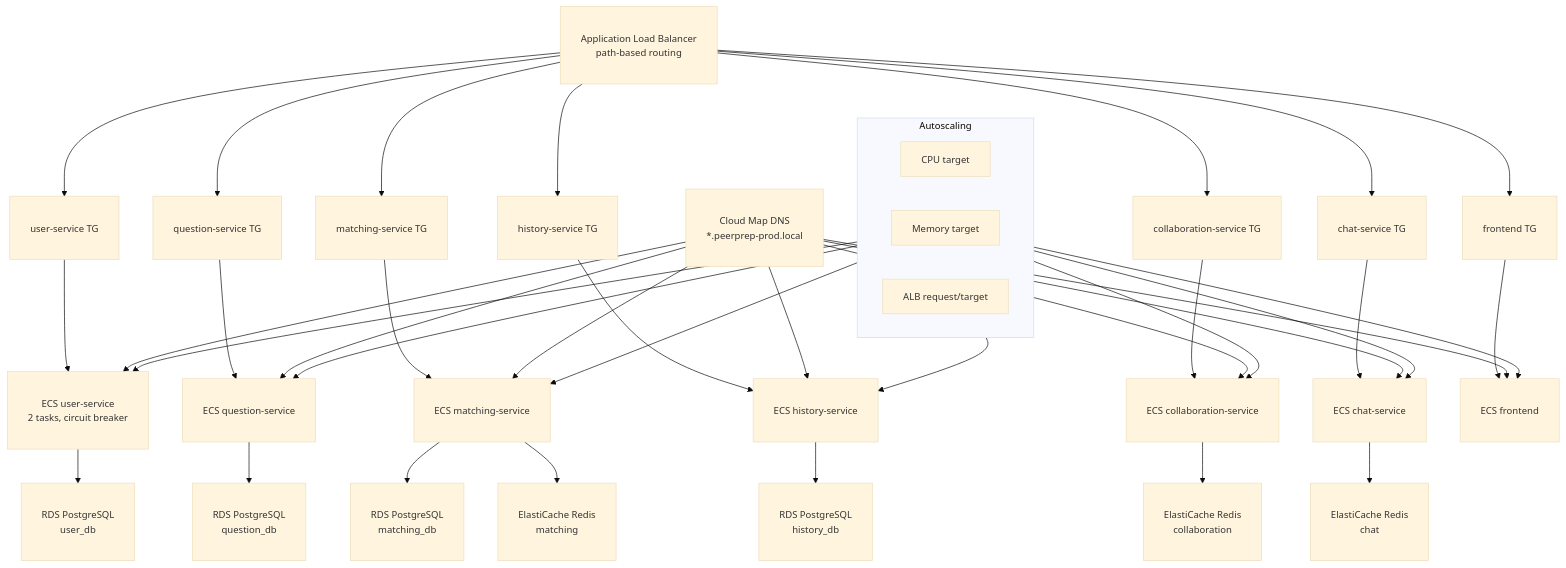
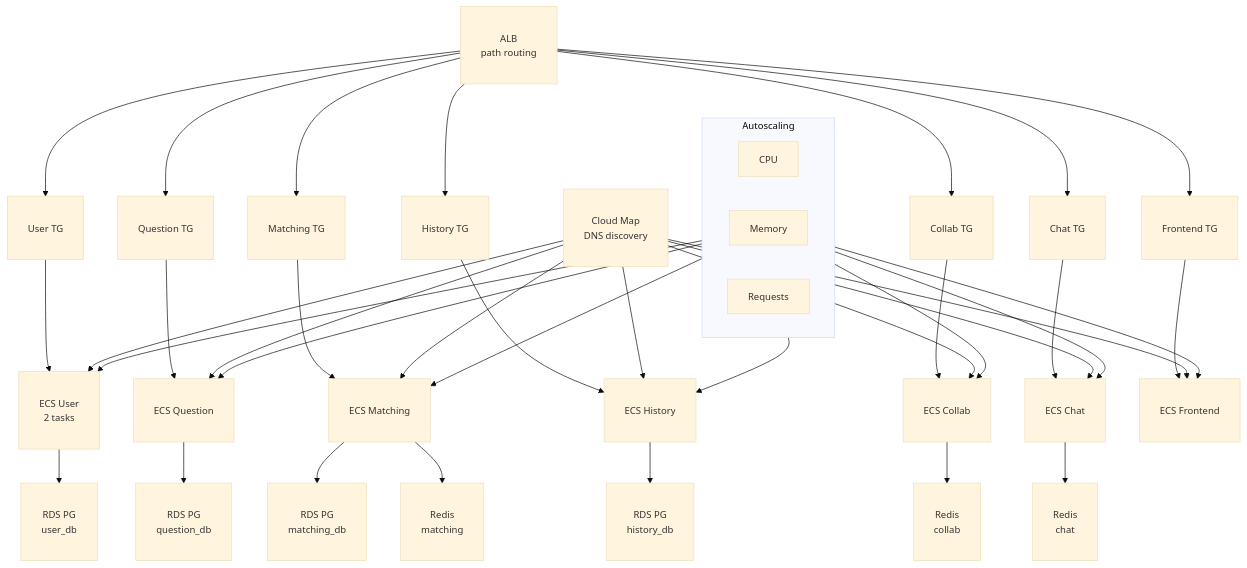
One commit to JoanneHing/cs3219-ay2526s1-project-g19 changed the third of 8 diagrams in docs/p1_deploy.md. Above: the diagram before and after it, drawn with Mermaid. The commit also changed other lines of this file, not shown here.

````diff
--- a/docs/p1_deploy.md
+++ b/docs/p1_deploy.md
@@ -71,51 +71,51 @@
 ```mermaid
 %%{init: {'theme':'base', 'themeVariables': {'fontSize':'14px'}}}%%
 graph TD
-  ALB["Application Load Balancer<br/>path-based routing"] --> UserTG["user-service TG"]
-  ALB --> QuestionTG["question-service TG"]
-  ALB --> MatchingTG["matching-service TG"]
-  ALB --> HistoryTG["history-service TG"]
-  ALB --> CollabTG["collaboration-service TG"]
-  ALB --> ChatTG["chat-service TG"]
-  ALB --> FrontendTG["frontend TG"]
+  ALB["ALB<br/>path routing"] --> UserTG["User TG"]
+  ALB --> QuestionTG["Question TG"]
+  ALB --> MatchingTG["Matching TG"]
+  ALB --> HistoryTG["History TG"]
+  ALB --> CollabTG["Collab TG"]
+  ALB --> ChatTG["Chat TG"]
+  ALB --> FrontendTG["Frontend TG"]
 
-  UserTG --> UserECS["ECS user-service<br/>2 tasks, circuit breaker"]
-  QuestionTG --> QuestionECS["ECS question-service"]
-  MatchingTG --> MatchingECS["ECS matching-service"]
-  HistoryTG --> HistoryECS["ECS history-service"]
-  CollabTG --> CollabECS["ECS collaboration-service"]
-  ChatTG --> ChatECS["ECS chat-service"]
-  FrontendTG --> FrontendECS["ECS frontend"]
+  UserTG --> UserECS["ECS User<br/>2 tasks"]
+  QuestionTG --> QuestionECS["ECS Question"]
+  MatchingTG --> MatchingECS["ECS Matching"]
+  HistoryTG --> HistoryECS["ECS History"]
+  CollabTG --> CollabECS["ECS Collab"]
+  ChatTG --> ChatECS["ECS Chat"]
+  FrontendTG --> FrontendECS["ECS Frontend"]
 
-  UserECS --> RDSUser["RDS PostgreSQL<br/>user_db"]
-  QuestionECS --> RDSQuestion["RDS PostgreSQL<br/>question_db"]
-  MatchingECS --> RDSMatching["RDS PostgreSQL<br/>matching_db"]
-  HistoryECS --> RDSHistory["RDS PostgreSQL<br/>history_db"]
-  MatchingECS --> RedisMatching["ElastiCache Redis<br/>matching"]
-  CollabECS --> RedisCollab["ElastiCache Redis<br/>collaboration"]
-  ChatECS --> RedisChat["ElastiCache Redis<br/>chat"]
+  UserECS --> RDSUser["RDS PG<br/>user_db"]
+  QuestionECS --> RDSQuestion["RDS PG<br/>question_db"]
+  MatchingECS --> RDSMatching["RDS PG<br/>matching_db"]
+  HistoryECS --> RDSHistory["RDS PG<br/>history_db"]
+  MatchingECS --> RedisMatching["Redis<br/>matching"]
+  CollabECS --> RedisCollab["Redis<br/>collab"]
+  ChatECS --> RedisChat["Redis<br/>chat"]
 
   subgraph AutoscalingPolicies["Autoscaling"]
-    CPU["CPU target"]
-    MEM["Memory target"]
-    REQ["ALB request/target"]
+    CPU["CPU"]
+    MEM["Memory"]
+    REQ["Requests"]
   end
   AutoscalingPolicies --> UserECS
   AutoscalingPolicies --> QuestionECS
   AutoscalingPolicies --> MatchingECS
   AutoscalingPolicies --> HistoryECS
   AutoscalingPolicies --> CollabECS
   AutoscalingPolicies --> ChatECS
   AutoscalingPolicies --> FrontendECS
 
-  CloudMap["Cloud Map DNS<br/>*.peerprep-prod.local"] --> UserECS
+  CloudMap["Cloud Map<br/>DNS discovery"] --> UserECS
   CloudMap --> QuestionECS
   CloudMap --> MatchingECS
   CloudMap --> HistoryECS
   CloudMap --> CollabECS
   CloudMap --> ChatECS
   CloudMap --> FrontendECS
 
   classDef wider padding:10px
   class ALB,UserTG,QuestionTG,MatchingTG,HistoryTG,CollabTG,ChatTG,FrontendTG,UserECS,QuestionECS,MatchingECS,HistoryECS,CollabECS,ChatECS,FrontendECS,RDSUser,RDSQuestion,RDSMatching,RDSHistory,RedisMatching,RedisCollab,RedisChat,CloudMap wider
 ```
````
